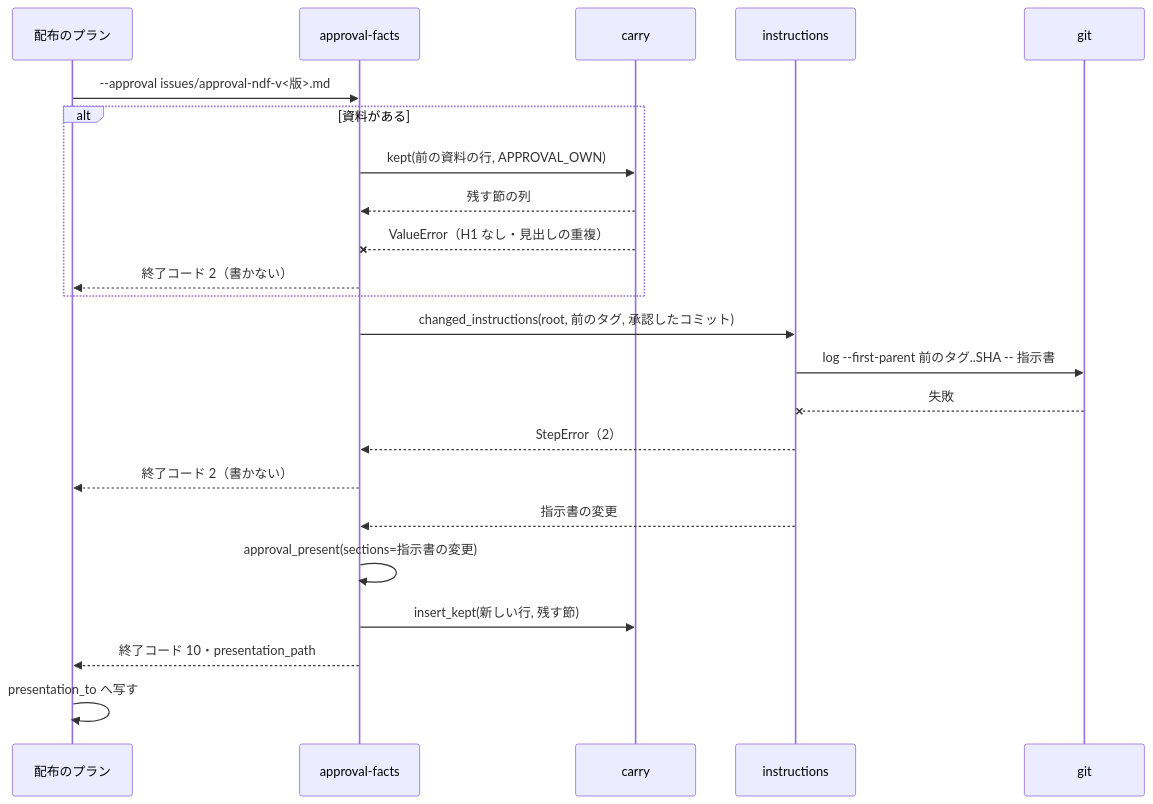
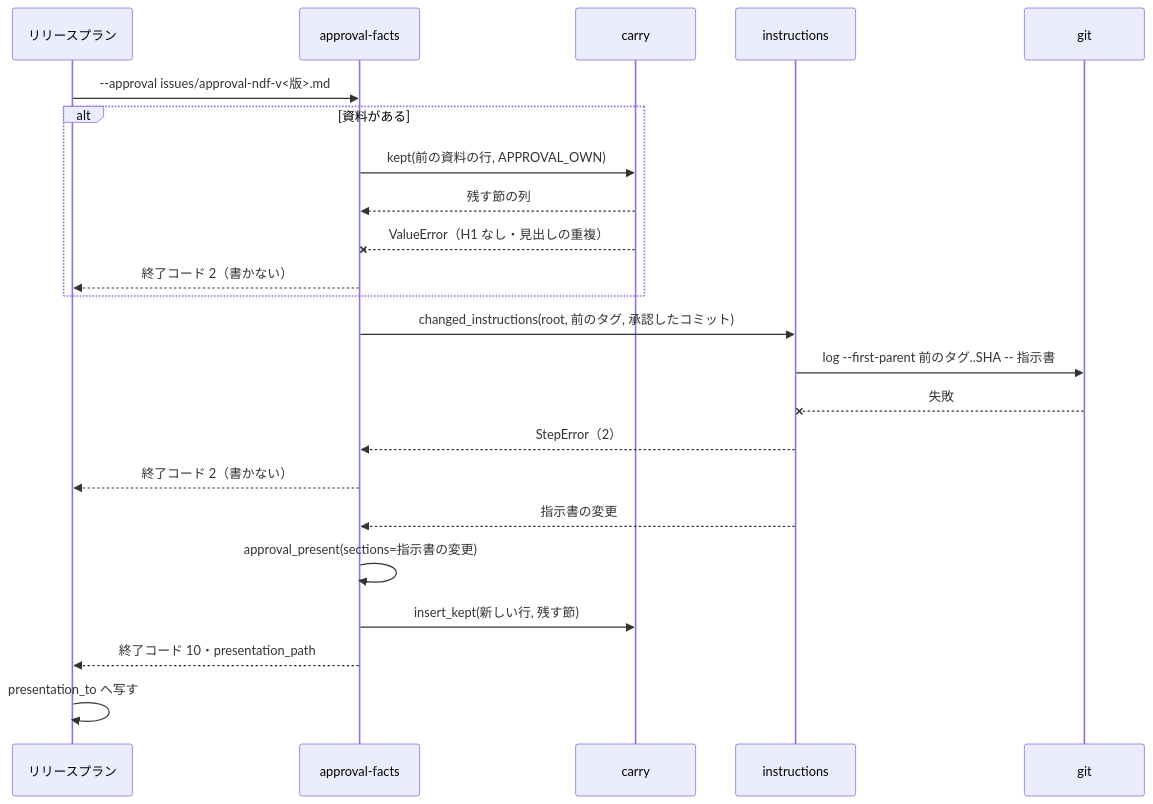
One commit to devbasex/ai-plugins changed the second of 2 diagrams in docs/specifications/ndf-release-approval-rebuild-and-replacements.md. Above: the diagram before and after it, drawn with Mermaid. The commit also changed other lines of this file and 79 other files, not shown here.

````diff
--- a/docs/specifications/ndf-release-approval-rebuild-and-replacements.md
+++ b/docs/specifications/ndf-release-approval-rebuild-and-replacements.md
@@ -148,25 +148,25 @@
 ```mermaid
 sequenceDiagram
-    participant P as 配布のプラン
+    participant P as リリースプラン
     participant AF as approval-facts
     participant C as carry
     participant I as instructions
     participant G as git
     P->>AF: --approval issues/approval-ndf-v<版>.md
     alt 資料がある
         AF->>C: kept(前の資料の行, APPROVAL_OWN)
         C-->>AF: 残す節の列
         C--xAF: ValueError（H1 なし・見出しの重複）
         AF-->>P: 終了コード 2（書かない）
     end
     AF->>I: changed_instructions(root, 前のタグ, 承認したコミット)
     I->>G: log --first-parent 前のタグ..SHA -- 指示書
     G--xI: 失敗
     I-->>AF: StepError（2）
     AF-->>P: 終了コード 2（書かない）
     I-->>AF: 指示書の変更
     AF->>AF: approval_present(sections=指示書の変更)
     AF->>C: insert_kept(新しい行, 残す節)
     AF-->>P: 終了コード 10・presentation_path
     P->>P: presentation_to へ写す
 ```
````
